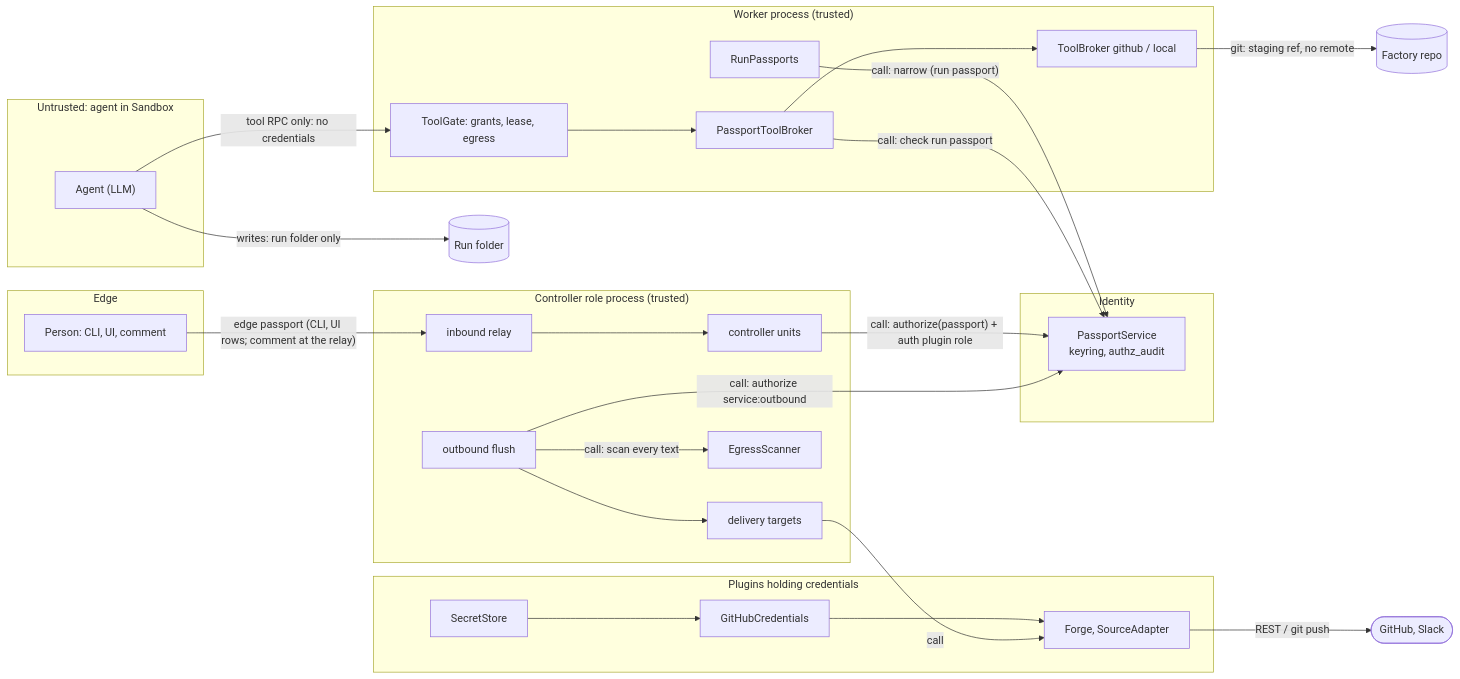
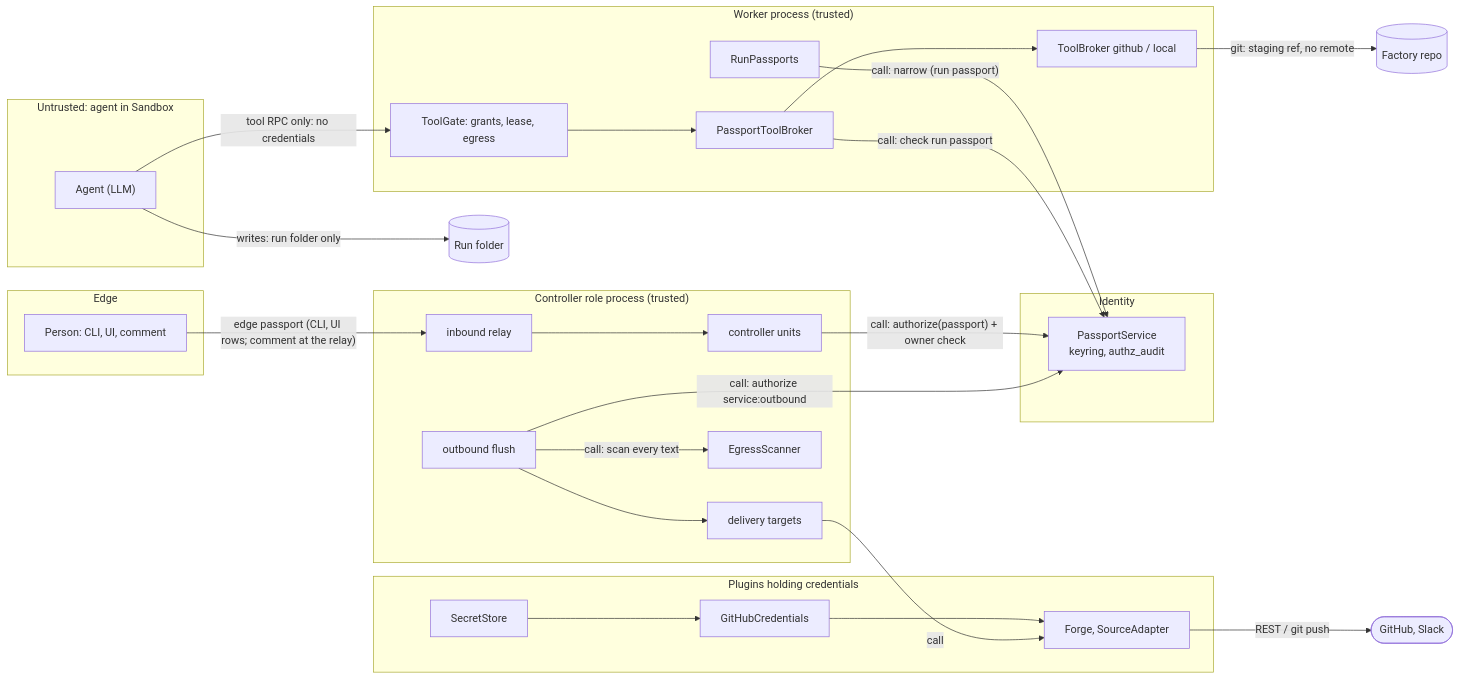
Before and after one commit to seonWKim/software-factory: the sixth of 6 diagrams in ARCHITECTURE.md, drawn with Mermaid. The commit also changed other lines of this file and 14 other files, not shown here.

First line of the commit message:
Docs: the owner check replaces the auth plugins and GrantSource

````diff
--- a/ARCHITECTURE.md
+++ b/ARCHITECTURE.md
@@ -417,46 +415,46 @@
 ```mermaid
 graph LR
   subgraph EDGE["Edge"]
     PPL["Person: CLI, UI, comment"]
   end
   subgraph CTRLP["Controller role process (trusted)"]
     INBP["inbound relay"]
     UNIT["controller units"]
     OUTP["outbound flush"]
     TGT["delivery targets"]
     EGR1["EgressScanner"]
   end
   subgraph WRKP["Worker process (trusted)"]
     RPI["RunPassports"]
     PBRK["PassportToolBroker"]
     BRK["ToolBroker github / local"]
     GATE["ToolGate: grants, lease, egress"]
   end
   subgraph IDS["Identity"]
     PS["PassportService<br/>keyring, authz_audit"]
   end
   subgraph PLUG["Plugins holding credentials"]
     SEC["SecretStore"] --> GHC["GitHubCredentials"]
     FRG["Forge, SourceAdapter"]
     GHC --> FRG
   end
   subgraph UNTRUSTED["Untrusted: agent in Sandbox"]
     AG["Agent (LLM)"]
   end
 
   PPL -- "edge passport (CLI, UI rows; comment at the relay)" --> INBP
   INBP --> UNIT
-  UNIT -- "call: authorize(passport) + auth plugin role" --> PS
+  UNIT -- "call: authorize(passport) + owner check" --> PS
   RPI -- "call: narrow (run passport)" --> PS
   AG -- "tool RPC only: no credentials" --> GATE
   GATE --> PBRK
   PBRK -- "call: check run passport" --> PS
   PBRK --> BRK
   BRK -- "git: staging ref, no remote" --> WT[("Factory repo")]
   AG -- "writes: run folder only" --> RF[("Run folder")]
   OUTP -- "call: scan every text" --> EGR1
   OUTP -- "call: authorize service:outbound" --> PS
   OUTP --> TGT
   TGT -- "call" --> FRG
   FRG -- "REST / git push" --> EXT(["GitHub, Slack"])
 ```
````
